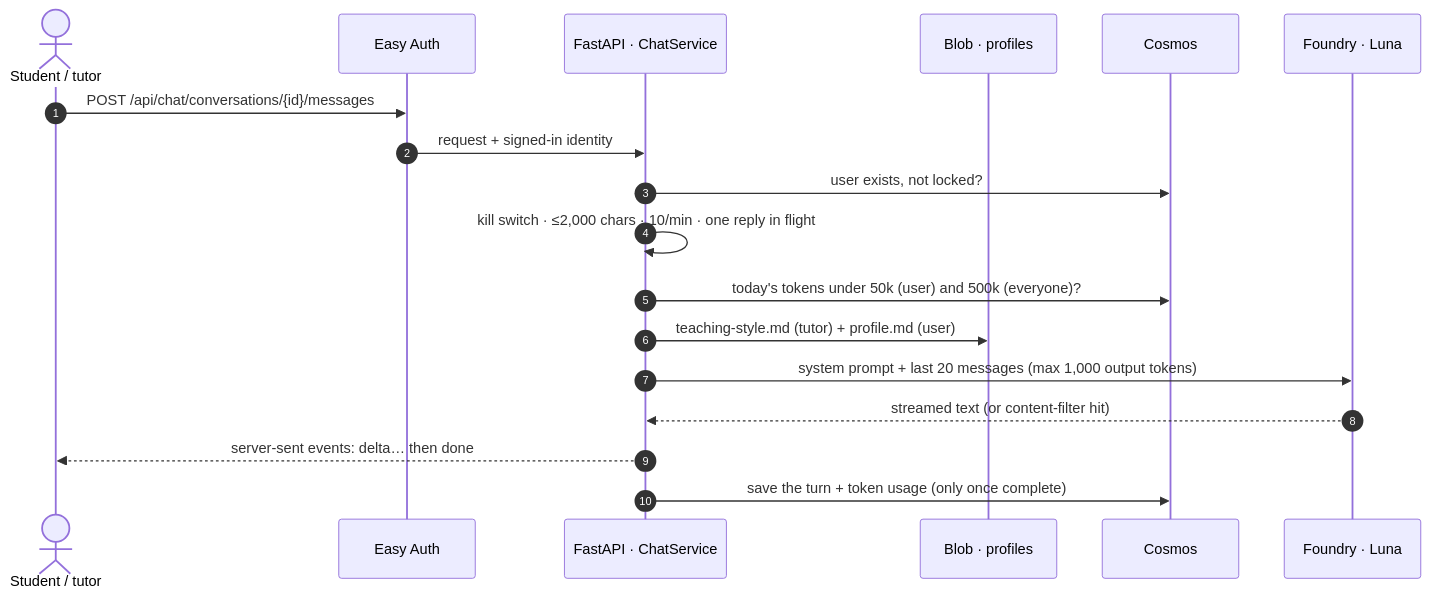
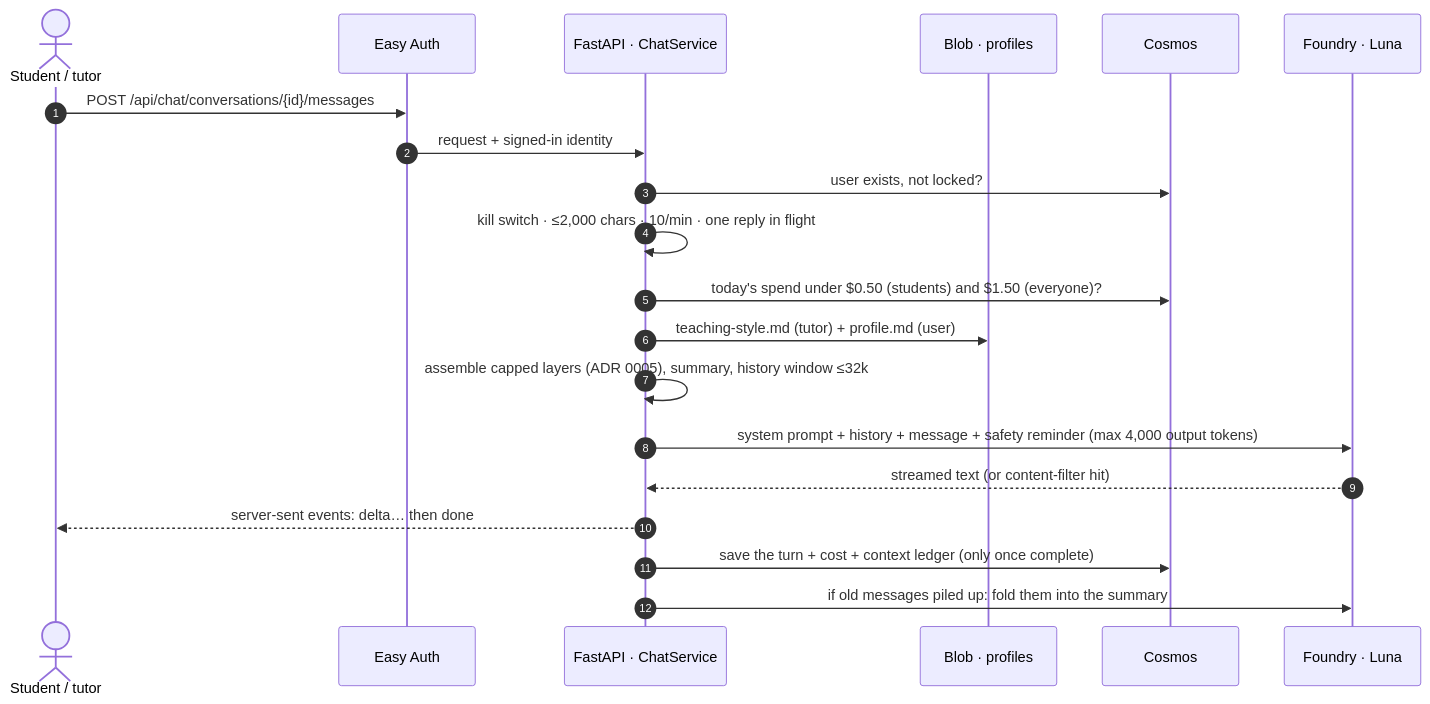
Before and after one commit to Samrudh-Anavatti/prof-ai: the second of 2 diagrams in README.md, drawn with Mermaid. The commit also changed other lines of this file and 32 other files, not shown here.

````diff
--- a/README.md
+++ b/README.md
@@ -226,21 +238,23 @@
 ```mermaid
 sequenceDiagram
     autonumber
     actor U as Student / tutor
     participant EA as Easy Auth
     participant API as FastAPI · ChatService
     participant B as Blob · profiles
     participant C as Cosmos
     participant L as Foundry · Luna
 
     U->>EA: POST /api/chat/conversations/{id}/messages
     EA->>API: request + signed-in identity
     API->>C: user exists, not locked?
     API->>API: kill switch · ≤2,000 chars · 10/min · one reply in flight
-    API->>C: today's tokens under 50k (user) and 500k (everyone)?
+    API->>C: today's spend under $0.50 (students) and $1.50 (everyone)?
     API->>B: teaching-style.md (tutor) + profile.md (user)
-    API->>L: system prompt + last 20 messages (max 1,000 output tokens)
+    API->>API: assemble capped layers (ADR 0005), summary, history window ≤32k
+    API->>L: system prompt + history + message + safety reminder (max 4,000 output tokens)
     L-->>API: streamed text (or content-filter hit)
     API-->>U: server-sent events: delta… then done
-    API->>C: save the turn + token usage (only once complete)
+    API->>C: save the turn + cost + context ledger (only once complete)
+    API->>L: if old messages piled up: fold them into the summary
 ```
````
